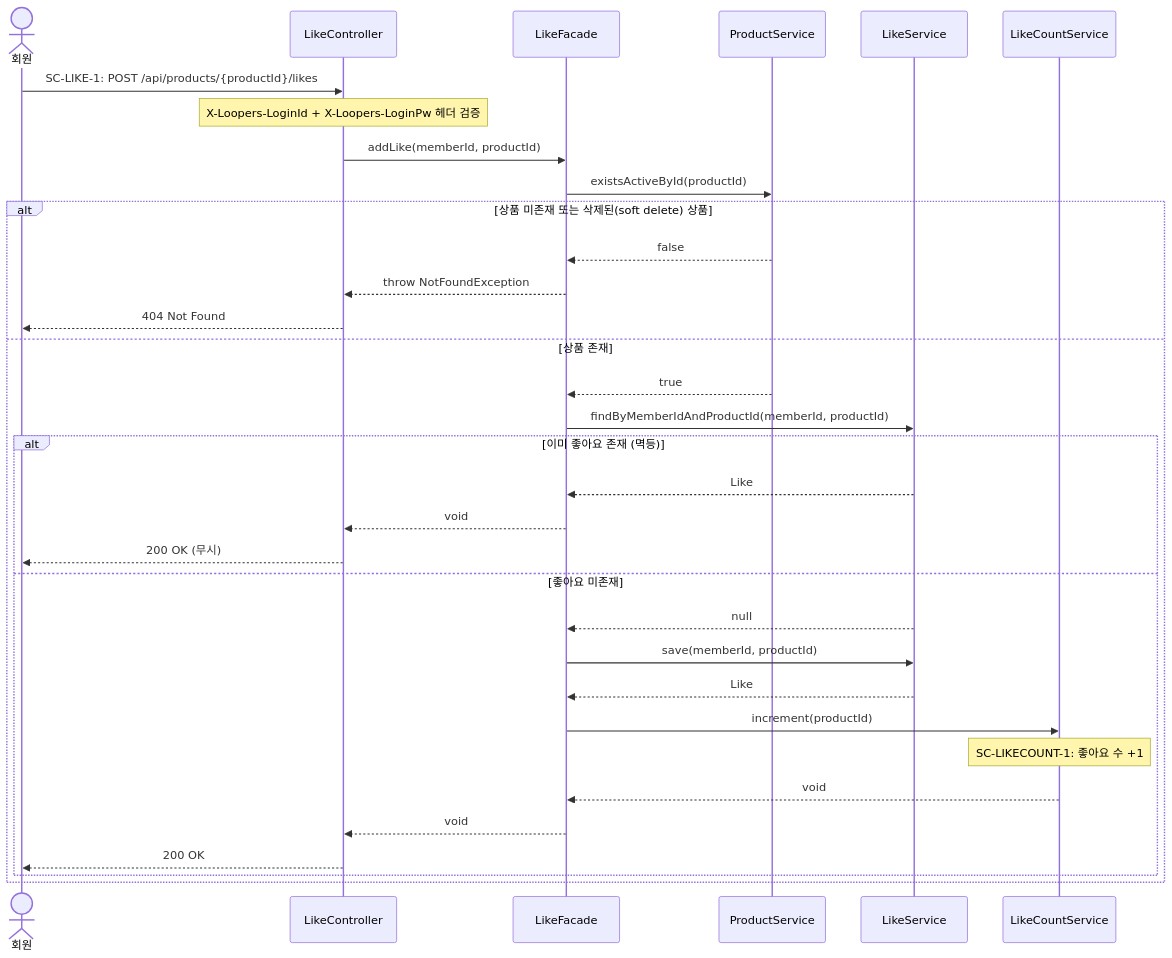
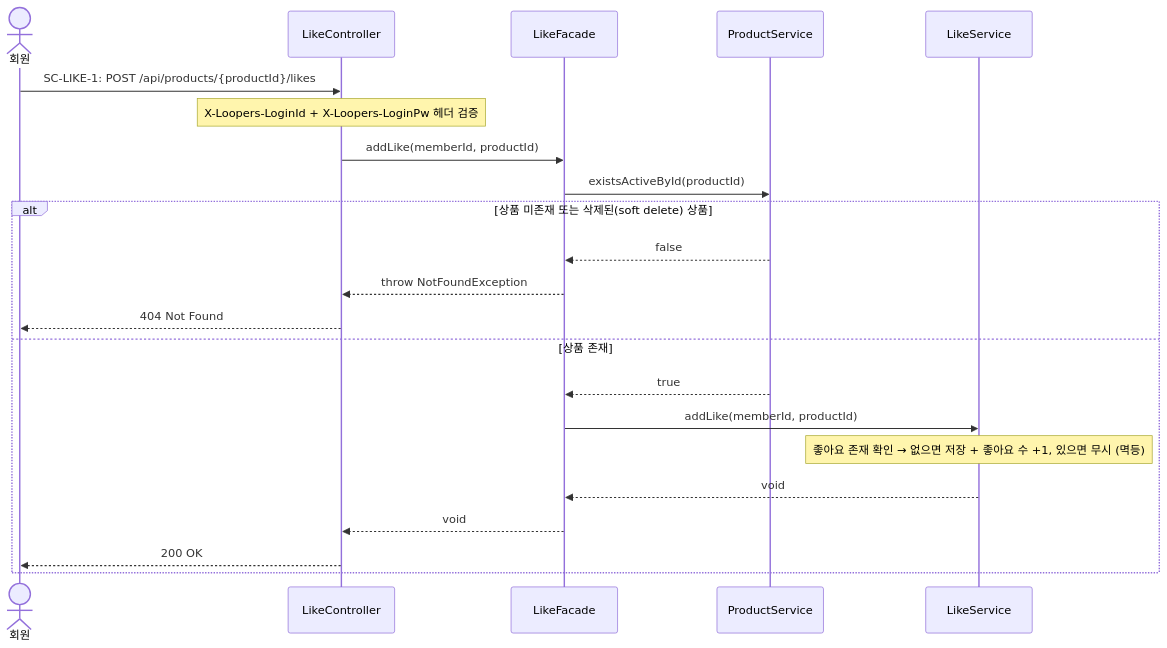
One commit to loopers-labs/loop-pack-be-l2-vol4-kotlin changed diagram 25 of 38 in docs/02-sequence-diagrams.md. Above: the diagram before and after it, drawn with Mermaid. The commit also changed other lines of this file and 3 other files, not shown here.

````diff
--- a/docs/02-sequence-diagrams.md
+++ b/docs/02-sequence-diagrams.md
@@ -755,38 +746,27 @@
 ```mermaid
 sequenceDiagram
     actor Member as 회원
     participant Controller as LikeController
     participant Facade as LikeFacade
     participant ProductService as ProductService
     participant LikeService as LikeService
-    participant LikeCountService as LikeCountService
 
     Member->>Controller: SC-LIKE-1: POST /api/products/{productId}/likes
     Note over Controller: X-Loopers-LoginId + X-Loopers-LoginPw 헤더 검증
 
     Controller->>Facade: addLike(memberId, productId)
     Facade->>ProductService: existsActiveById(productId)
 
     alt 상품 미존재 또는 삭제된(soft delete) 상품
         ProductService-->>Facade: false
         Facade-->>Controller: throw NotFoundException
         Controller-->>Member: 404 Not Found
     else 상품 존재
         ProductService-->>Facade: true
-        Facade->>LikeService: findByMemberIdAndProductId(memberId, productId)
-        alt 이미 좋아요 존재 (멱등)
-            LikeService-->>Facade: Like
-            Facade-->>Controller: void
-            Controller-->>Member: 200 OK (무시)
-        else 좋아요 미존재
-            LikeService-->>Facade: null
-            Facade->>LikeService: save(memberId, productId)
-            LikeService-->>Facade: Like
-            Facade->>LikeCountService: increment(productId)
-            Note over LikeCountService: SC-LIKECOUNT-1: 좋아요 수 +1
-            LikeCountService-->>Facade: void
-            Facade-->>Controller: void
-            Controller-->>Member: 200 OK
-        end
+        Facade->>LikeService: addLike(memberId, productId)
+        Note over LikeService: 좋아요 존재 확인 → 없으면 저장 + 좋아요 수 +1, 있으면 무시 (멱등)
+        LikeService-->>Facade: void
+        Facade-->>Controller: void
+        Controller-->>Member: 200 OK
     end
 ```
````
